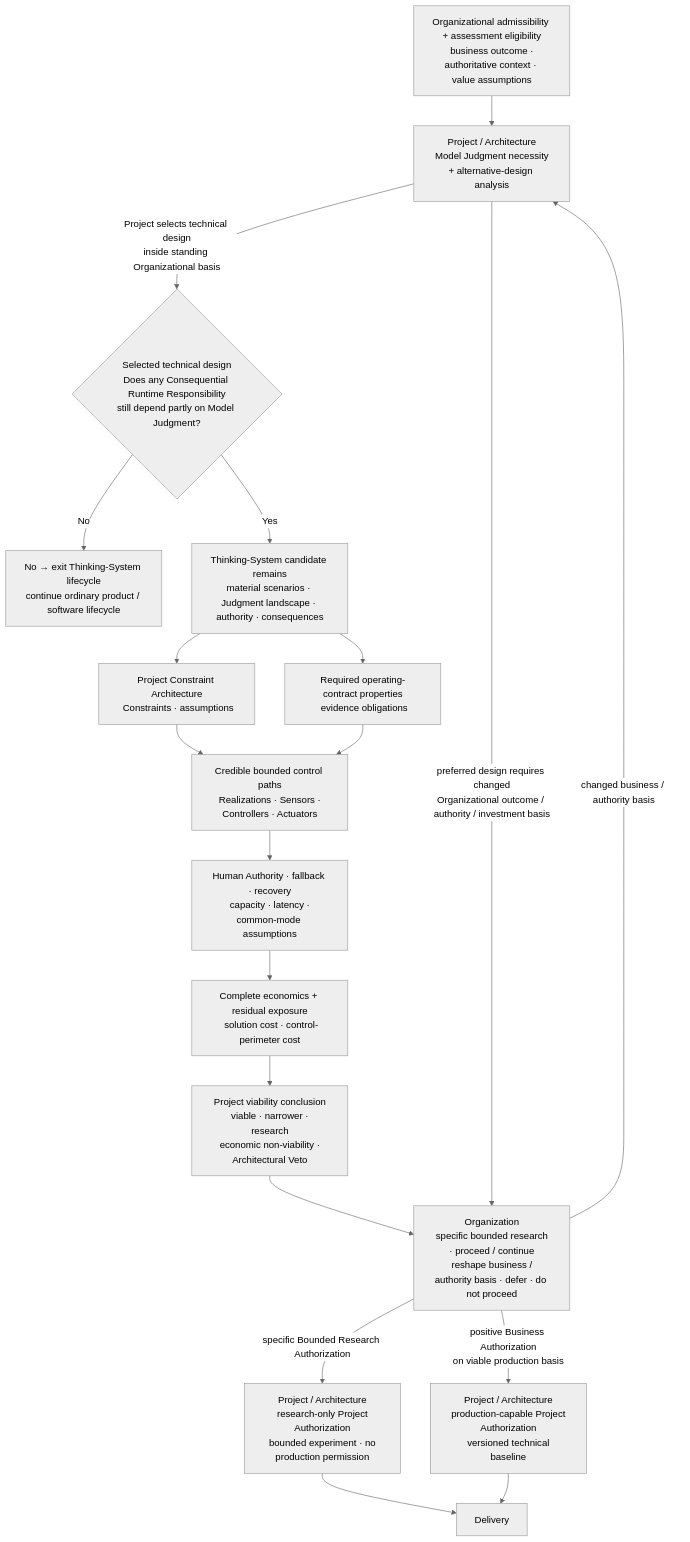
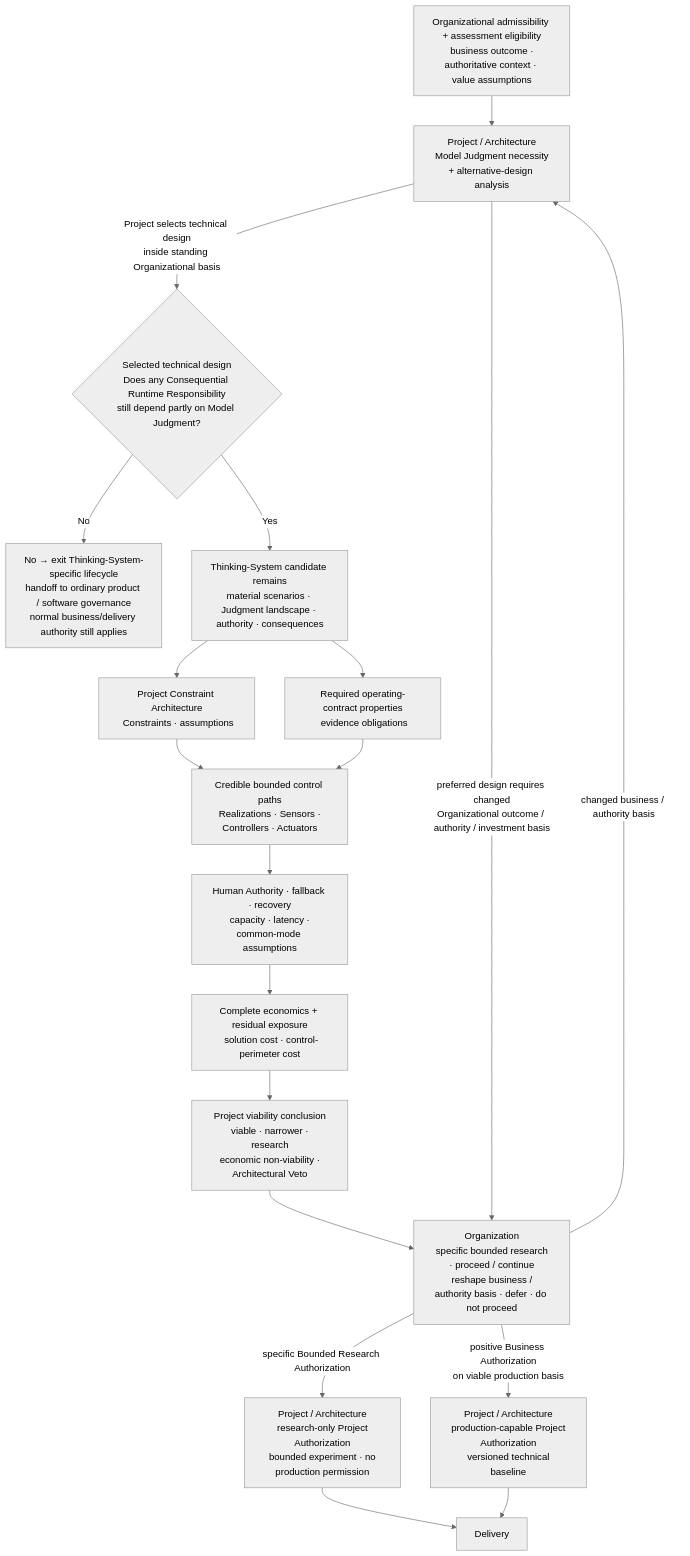
Before and after one commit to UncertaintyArchitectureGroup/uncertainty-architecture: diagram 11 of 15 in content/research/notes/open-engineering-specification-article-draft.md, drawn with Mermaid (neutral theme). The commit also changed other lines of this file and 1 other file, not shown here.

Commit message:
Clarify category handoff and research proportionality

````diff
--- a/content/research/notes/open-engineering-specification-article-draft.md
+++ b/content/research/notes/open-engineering-specification-article-draft.md
@@ -707,30 +707,30 @@
 ```mermaid
 flowchart TB
     ORG["Organizational admissibility + assessment eligibility<br/> business outcome · authoritative context · value assumptions"]
     NEED["Project / Architecture<br/> Model Judgment necessity + alternative-design analysis"]
     CAT{"Selected technical design<br/>Does any Consequential Runtime Responsibility<br/>still depend partly on Model Judgment?"}
-    EXIT["No → exit Thinking-System lifecycle<br/>continue ordinary product / software lifecycle"]
+    EXIT["No → exit Thinking-System-specific lifecycle<br/>handoff to ordinary product / software governance<br/>normal business/delivery authority still applies"]
     RISK["Thinking-System candidate remains<br/>material scenarios · Judgment landscape · authority · consequences"]
     K["Project Constraint Architecture<br/> Constraints · assumptions"]
     PROP["Required operating-contract properties<br/> evidence obligations"]
     PATH["Credible bounded control paths<br/> Realizations · Sensors · Controllers · Actuators"]
     HUMAN["Human Authority · fallback · recovery<br/> capacity · latency · common-mode assumptions"]
     ECON["Complete economics + residual exposure<br/> solution cost · control-perimeter cost"]
     V["Project viability conclusion<br/> viable · narrower · research<br/> economic non-viability · Architectural Veto"]
     OD["Organization<br/> specific bounded research · proceed / continue<br/> reshape business / authority basis · defer · do not proceed"]
     PRA["Project / Architecture<br/> research-only Project Authorization<br/> bounded experiment · no production permission"]
     PPA["Project / Architecture<br/> production-capable Project Authorization<br/> versioned technical baseline"]
     D["Delivery"]
 
     ORG --> NEED
     NEED -->|Project selects technical design<br/>inside standing Organizational basis| CAT
     CAT -->|No| EXIT
     CAT -->|Yes| RISK
     NEED -->|preferred design requires changed<br/>Organizational outcome / authority / investment basis| OD
     RISK --> K --> PATH
     RISK --> PROP --> PATH
     PATH --> HUMAN --> ECON --> V --> OD
     OD -->|changed business / authority basis| NEED
     OD -->|specific Bounded Research Authorization| PRA --> D
     OD -->|positive Business Authorization<br/>on viable production basis| PPA --> D
 ```
````
